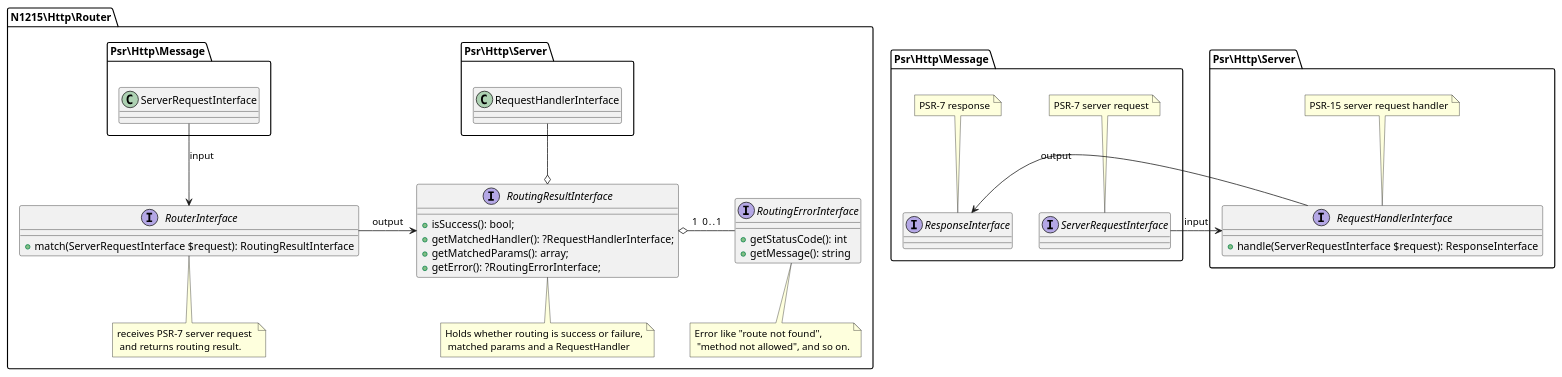
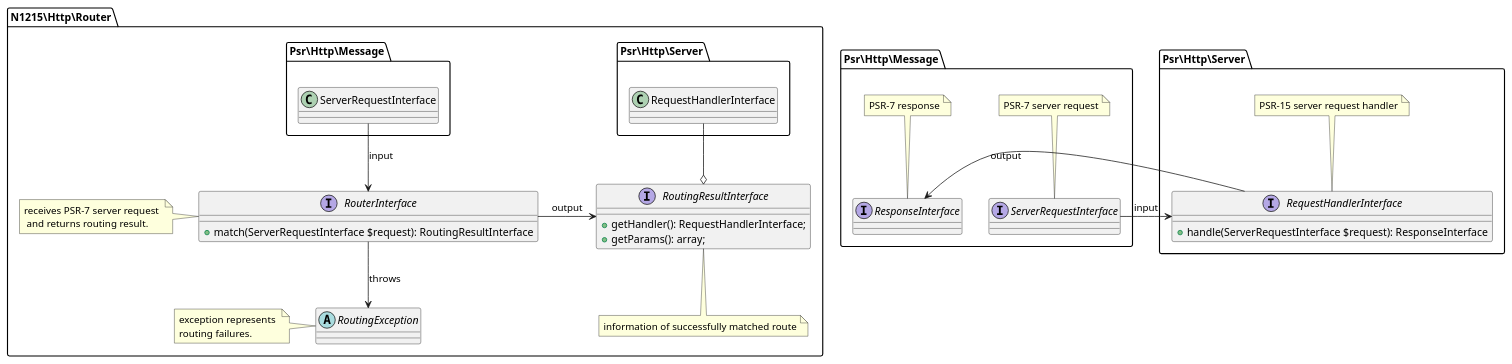
The diagram in doc/router.puml (n1215/http-router), drawn with PlantUML before and after one commit. The commit also changed 30 other files, not shown here.

Commit message:
represents routing failures by exceptions instead of failure result objects.

```diff
--- a/doc/router.puml
+++ b/doc/router.puml
@@ -1,50 +1,44 @@
 @startuml
 
 package N1215\Http\Router {
 
-    interface RoutingErrorInterface {
-        + getStatusCode(): int
-        + getMessage(): string
+    abstract class RoutingException {
     }
-    note bottom of RoutingErrorInterface: Error like "route not found",\n "method not allowed", and so on.
+    note left of RoutingException: exception represents \nrouting failures.
 
     interface RoutingResultInterface {
-        + isSuccess(): bool;
-        + getMatchedHandler(): ?RequestHandlerInterface;
-        + getMatchedParams(): array;
-        + getError(): ?RoutingErrorInterface;
+        + getHandler(): RequestHandlerInterface;
+        + getParams(): array;
     }
-    note bottom of RoutingResultInterface: Holds whether routing is success or failure,\n matched params and a RequestHandler
+    note bottom of RoutingResultInterface: information of successfully matched route
 
     interface RouterInterface {
         + match(ServerRequestInterface $request): RoutingResultInterface
     }
-    note bottom of RouterInterface: receives PSR-7 server request \n and returns routing result.
+    note left of RouterInterface: receives PSR-7 server request \n and returns routing result.
 
     Psr\Http\Message.ServerRequestInterface --> RouterInterface: input
     RouterInterface -> RoutingResultInterface: output
-
-    RoutingResultInterface o- RoutingErrorInterface: 1   0..1
-
+    RouterInterface --> RoutingException: throws
 
     Psr\Http\Server.RequestHandlerInterface --o RoutingResultInterface
 }
 
 namespace Psr\Http\Message {
     interface ServerRequestInterface
     note top of ServerRequestInterface: PSR-7 server request
     interface ResponseInterface
     note top of ResponseInterface: PSR-7 response
 }
 
 namespace Psr\Http\Server {
     interface RequestHandlerInterface {
         + handle(ServerRequestInterface $request): ResponseInterface
     }
     note top of RequestHandlerInterface: PSR-15 server request handler
 
     Psr\Http\Message.ServerRequestInterface -> RequestHandlerInterface: input
     RequestHandlerInterface -> Psr\Http\Message.ResponseInterface: output
 }
 
 @enduml
```
